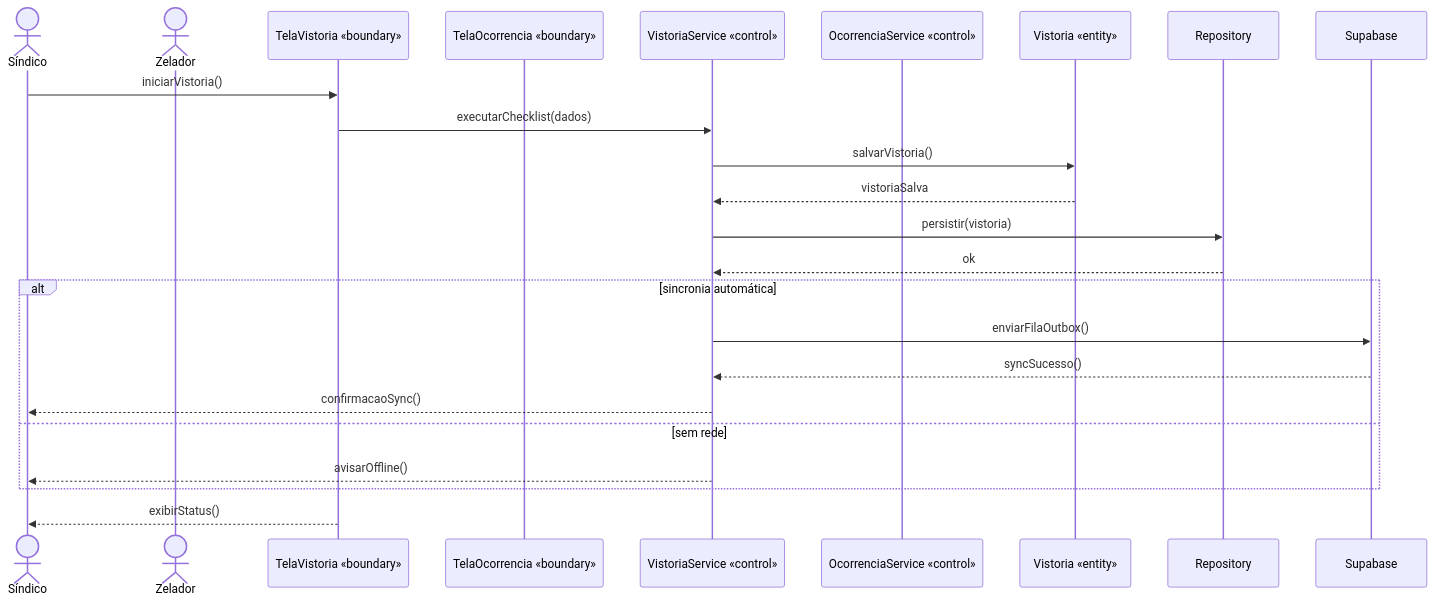
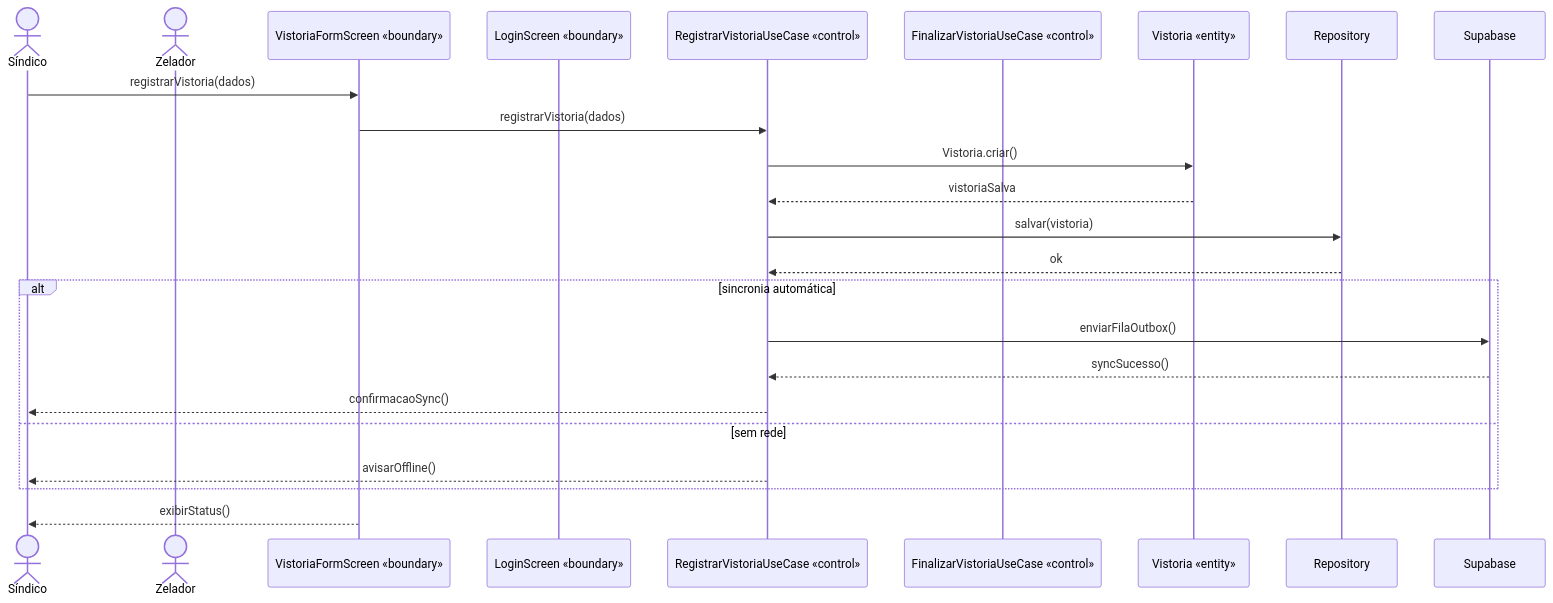
Before and after one commit to JpCobraC/SindiFlow: the seventh of 9 diagrams in docs/documento-software.md, drawn with Mermaid. The commit also changed other lines of this file and 5 other files, not shown here.

````diff
--- a/docs/documento-software.md
+++ b/docs/documento-software.md
@@ -364,27 +608,27 @@
 ```mermaid
 sequenceDiagram
     actor Syn as Síndico
     actor Zel as Zelador
-    participant B as TelaVistoria «boundary»
-    participant B2 as TelaOcorrencia «boundary»
-    participant C as VistoriaService «control»
-    participant C2 as OcorrenciaService «control»
+    participant B as VistoriaFormScreen «boundary»
+    participant B2 as LoginScreen «boundary»
+    participant C as RegistrarVistoriaUseCase «control»
+    participant C2 as FinalizarVistoriaUseCase «control»
     participant E as Vistoria «entity»
     participant R as Repository
     participant S as Supabase
 
-    Syn->>B: iniciarVistoria()
-    B->>C: executarChecklist(dados)
-    C->>E: salvarVistoria()
+    Syn->>B: registrarVistoria(dados)
+    B->>C: registrarVistoria(dados)
+    C->>E: Vistoria.criar()
     E-->>C: vistoriaSalva
-    C->>R: persistir(vistoria)
+    C->>R: salvar(vistoria)
     R-->>C: ok
     alt sincronia automática
         C->>S: enviarFilaOutbox()
         S-->>C: syncSucesso()
         C-->>Syn: confirmacaoSync()
     else sem rede
         C-->>Syn: avisarOffline()
     end
     B-->>Syn: exibirStatus()
 ```
````
